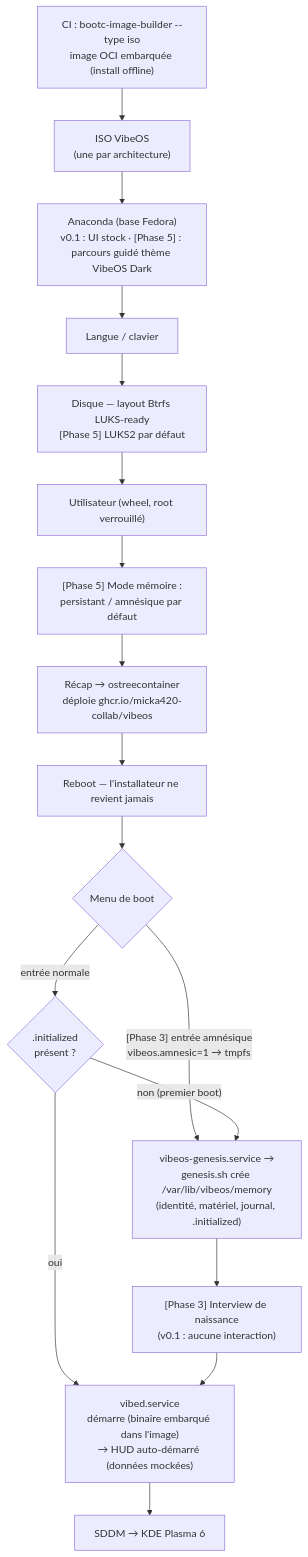
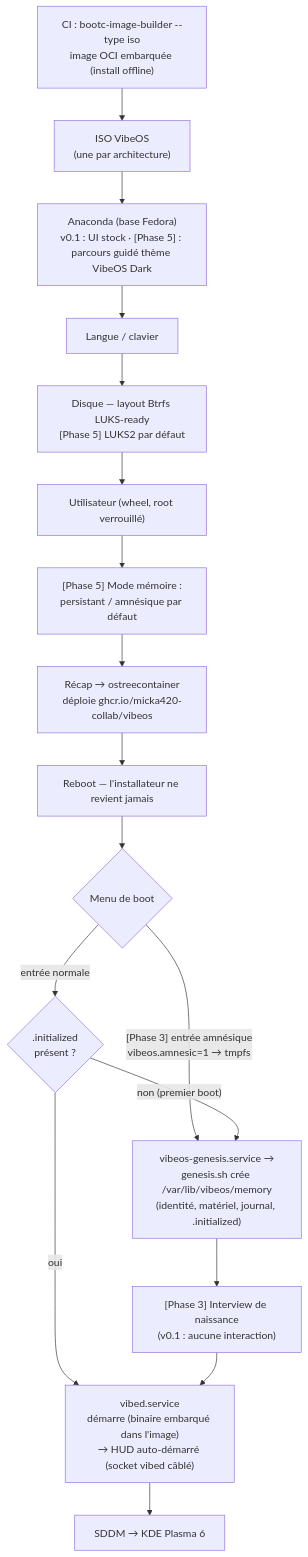
One commit to Micka420-collab/vibeos changed the diagram in docs/INSTALLER.md. Above: the diagram before and after it, drawn with Mermaid. The commit also changed other lines of this file and 2 other files, not shown here.

First line of the commit message:
docs: aligner les docs bureau sur la réalité — HUD live-câblé, pas mocké

````diff
--- a/docs/INSTALLER.md
+++ b/docs/INSTALLER.md
@@ -180,20 +181,20 @@
 ```mermaid
 flowchart TD
     BIB["CI : bootc-image-builder --type iso<br/>image OCI embarquée (install offline)"] --> ISO["ISO VibeOS<br/>(une par architecture)"]
     ISO --> ANA["Anaconda (base Fedora)<br/>v0.1 : UI stock · [Phase 5] : parcours guidé thème VibeOS Dark"]
     ANA --> S1["Langue / clavier"]
     S1 --> S2["Disque — layout Btrfs LUKS-ready<br/>[Phase 5] LUKS2 par défaut"]
     S2 --> S3["Utilisateur (wheel, root verrouillé)"]
     S3 --> S4["[Phase 5] Mode mémoire :<br/>persistant / amnésique par défaut"]
     S4 --> S5["Récap → ostreecontainer<br/>déploie ghcr.io/micka420-collab/vibeos"]
     S5 --> RB["Reboot — l'installateur ne revient jamais"]
 
     RB --> BOOTMENU{"Menu de boot"}
     BOOTMENU -- "entrée normale" --> COND{".initialized<br/>présent ?"}
     BOOTMENU -- "[Phase 3] entrée amnésique<br/>vibeos.amnesic=1 → tmpfs" --> GEN
     COND -- "non (premier boot)" --> GEN["vibeos-genesis.service →<br/>genesis.sh crée /var/lib/vibeos/memory<br/>(identité, matériel, journal, .initialized)"]
     COND -- oui --> VIBED
     GEN --> ITV["[Phase 3] Interview de naissance<br/>(v0.1 : aucune interaction)"]
-    ITV --> VIBED["vibed.service<br/>démarre (binaire embarqué dans l'image)<br/>→ HUD auto-démarré (données mockées)"]
+    ITV --> VIBED["vibed.service<br/>démarre (binaire embarqué dans l'image)<br/>→ HUD auto-démarré (socket vibed câblé)"]
     VIBED --> PLASMA["SDDM → KDE Plasma 6"]
 ```
````
